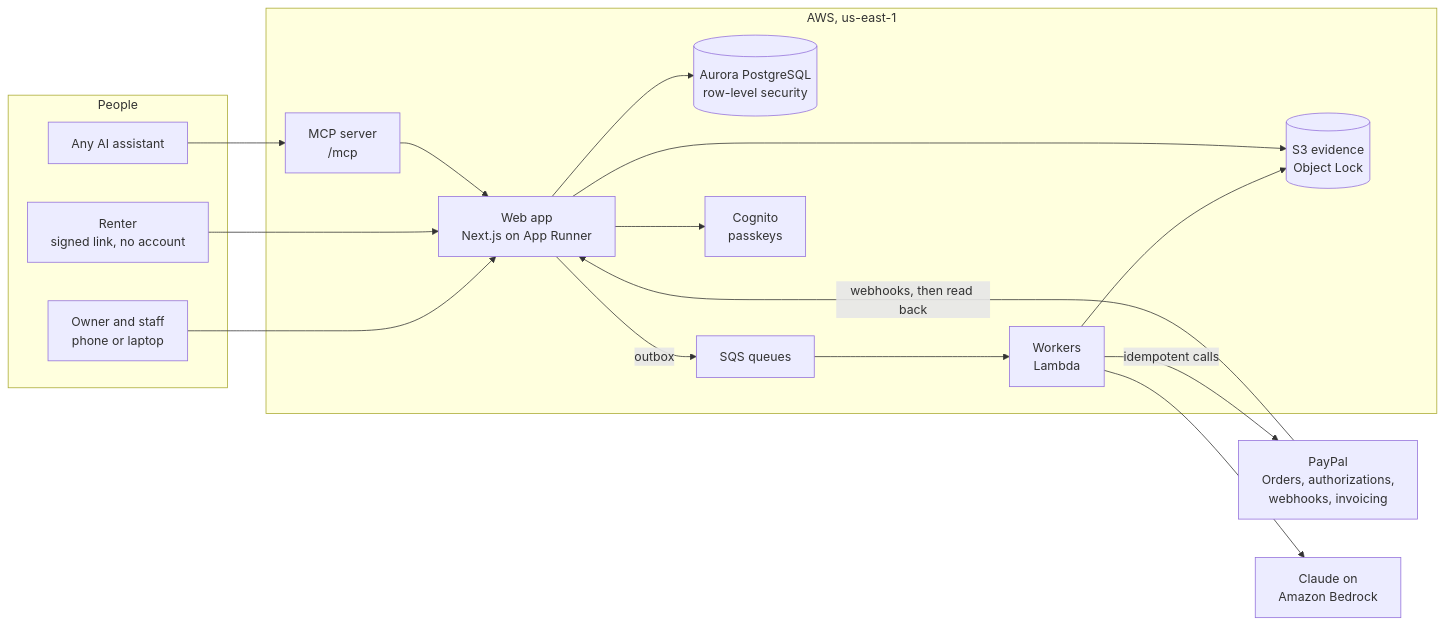
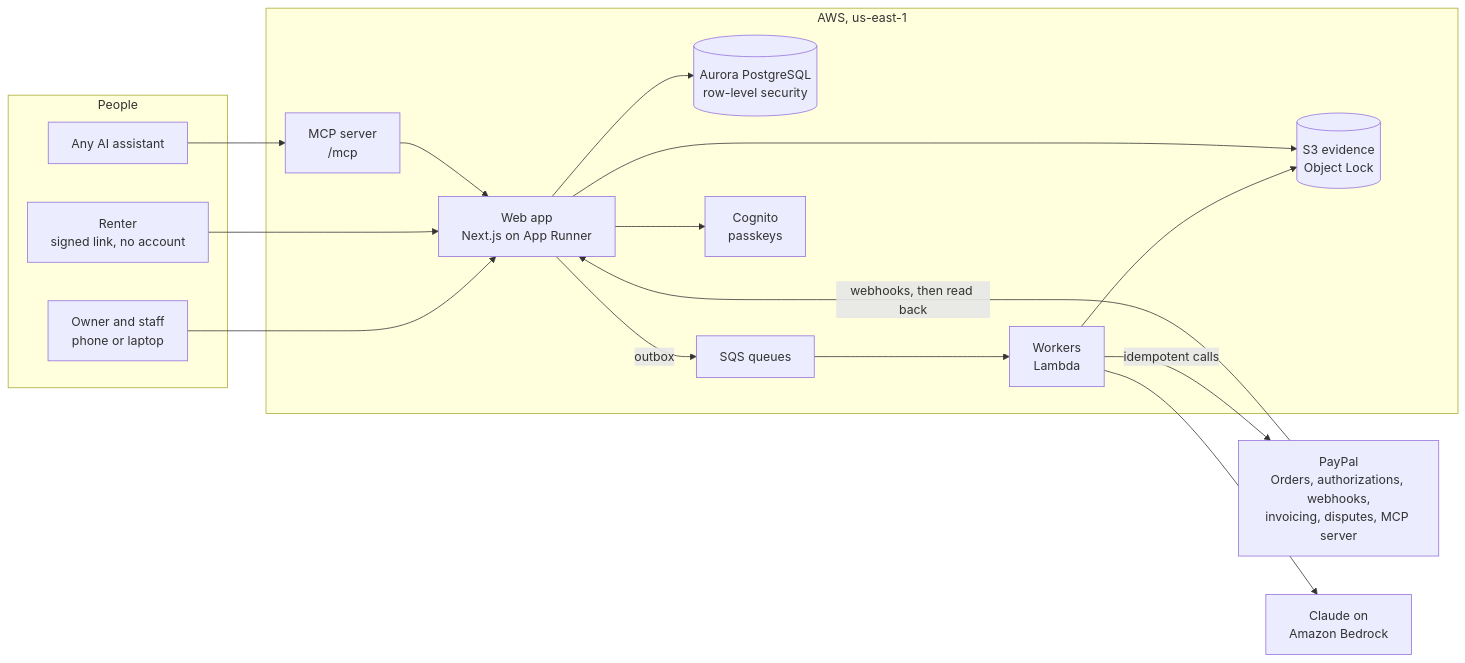
One commit to rogerjeasy/hold changed the diagram in README.md. Above: the diagram before and after it, drawn with Mermaid. The commit also changed other lines of this file and 2 other files, not shown here.

Commit message:
docs: the README opens with the logo, badges and the live demo, and gives judges the PayPal sandbox buyer login

````diff
--- a/README.md
+++ b/README.md
@@ -158,33 +215,33 @@
 ```mermaid
 flowchart LR
   subgraph People
     staff["Owner and staff<br/>phone or laptop"]
     renter["Renter<br/>signed link, no account"]
     assistant["Any AI assistant"]
   end
   subgraph AWS["AWS, us-east-1"]
     web["Web app<br/>Next.js on App Runner"]
     mcp["MCP server<br/>/mcp"]
     db[("Aurora PostgreSQL<br/>row-level security")]
     queues["SQS queues"]
     worker["Workers<br/>Lambda"]
     photos[("S3 evidence<br/>Object Lock")]
     cognito["Cognito<br/>passkeys"]
   end
-  paypal["PayPal<br/>Orders, authorizations,<br/>webhooks, invoicing"]
+  paypal["PayPal<br/>Orders, authorizations, webhooks,<br/>invoicing, disputes, MCP server"]
   claude["Claude on<br/>Amazon Bedrock"]
 
   staff --> web
   renter --> web
   assistant --> mcp
   mcp --> web
   web --> cognito
   web --> db
   web -- outbox --> queues
   queues --> worker
   worker -- "idempotent calls" --> paypal
   paypal -- "webhooks, then read back" --> web
   worker --> claude
   worker --> photos
   web --> photos
 ```
````
